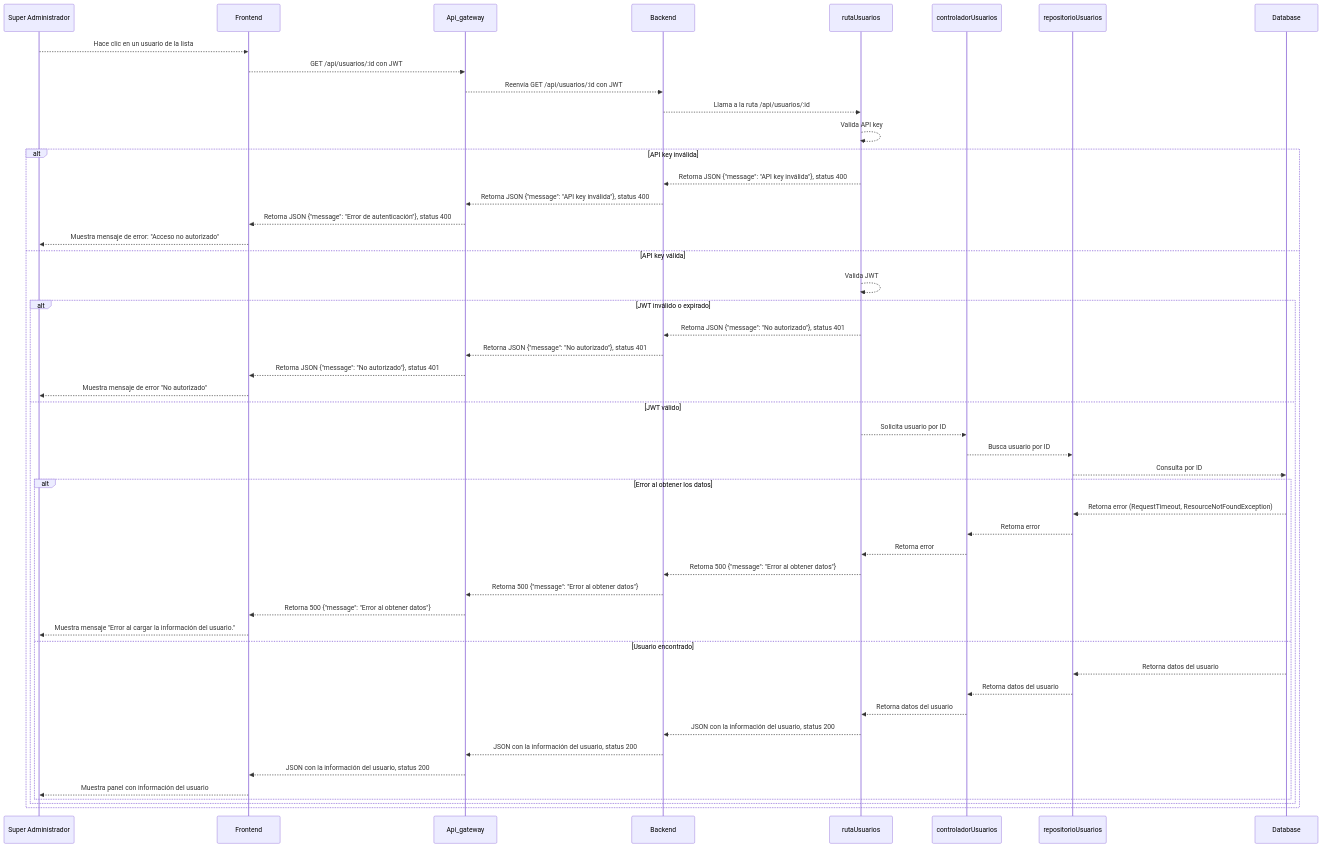
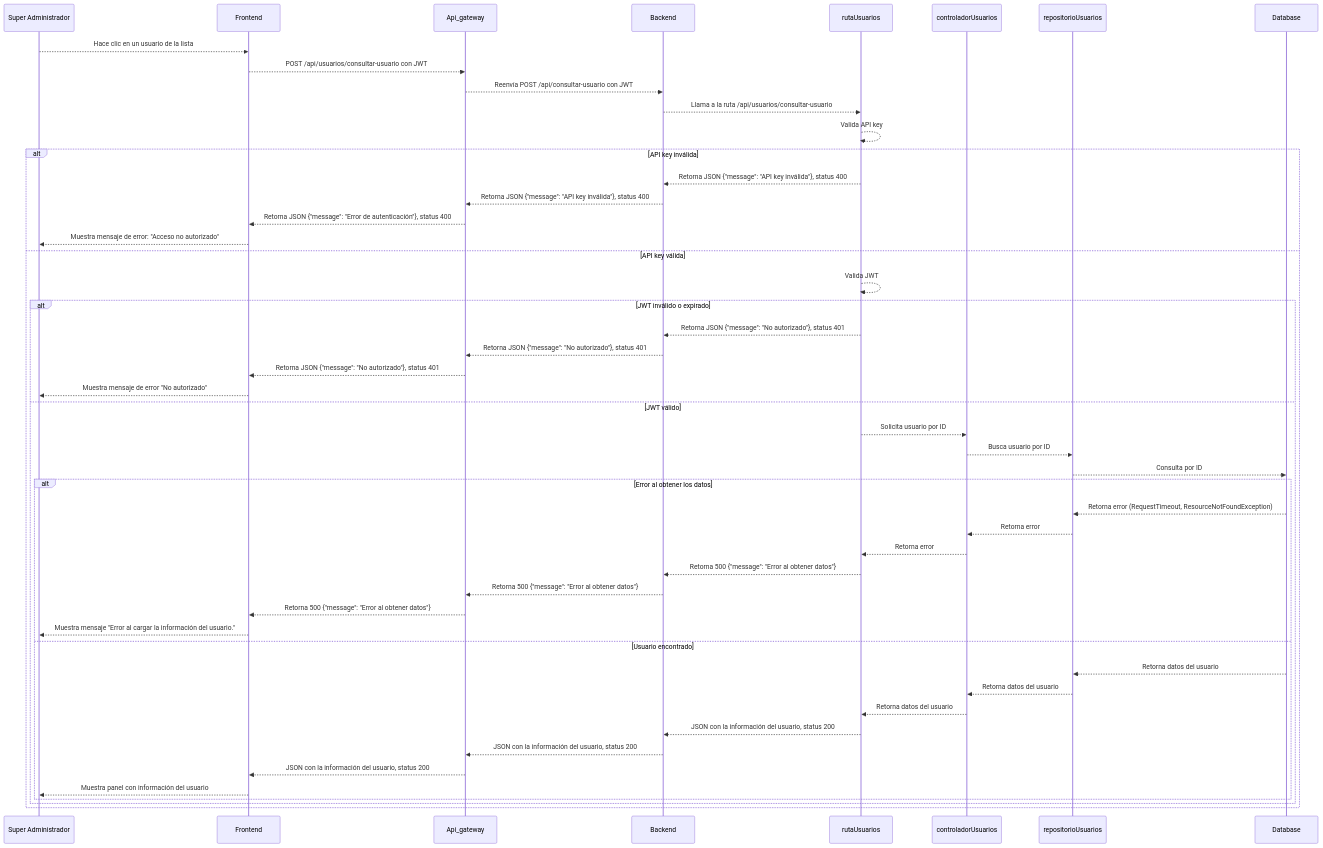
The diagram in documentation/docs/proyectos/textiles/documentacion/requisitos/RF3.md (CodeAnd-Co/Documentacion), drawn with Mermaid before and after one commit. The commit also changed 3 other files, not shown here.

````diff
--- a/documentation/docs/proyectos/textiles/documentacion/requisitos/RF3.md
+++ b/documentation/docs/proyectos/textiles/documentacion/requisitos/RF3.md
@@ -37,56 +37,56 @@
 ```mermaid
 sequenceDiagram
 participant SuperAdmin as Super Administrador
 participant Frontend
 participant Api_gateway
 participant Backend
 participant rutaUsuarios
 participant controladorUsuarios
 participant repositorioUsuarios
 participant Database
 
 
 SuperAdmin -->> Frontend: Hace clic en un usuario de la lista
-Frontend -->> Api_gateway: GET /api/usuarios/:id con JWT
-Api_gateway -->> Backend: Reenvía GET /api/usuarios/:id con JWT
-Backend -->> rutaUsuarios: Llama a la ruta /api/usuarios/:id
+Frontend -->> Api_gateway: POST /api/usuarios/consultar-usuario con JWT
+Api_gateway -->> Backend: Reenvía POST /api/consultar-usuario con JWT
+Backend -->> rutaUsuarios: Llama a la ruta /api/usuarios/consultar-usuario
 rutaUsuarios -->> rutaUsuarios: Valida API key
 
 alt API key inválida
     rutaUsuarios -->> Backend: Retorna JSON {"message": "API key inválida"}, status 400
     Backend -->> Api_gateway: Retorna JSON {"message": "API key inválida"}, status 400
     Api_gateway -->> Frontend: Retorna JSON {"message": "Error de autenticación"}, status 400
     Frontend -->> SuperAdmin: Muestra mensaje de error: "Acceso no autorizado"
 else API key válida
     rutaUsuarios -->> rutaUsuarios: Valida JWT
 
     alt JWT inválido o expirado
         rutaUsuarios -->> Backend: Retorna JSON {"message": "No autorizado"}, status 401
         Backend -->> Api_gateway: Retorna JSON {"message": "No autorizado"}, status 401
         Api_gateway -->> Frontend: Retorna JSON {"message": "No autorizado"}, status 401
         Frontend -->> SuperAdmin: Muestra mensaje de error "No autorizado"
     else JWT válido
         rutaUsuarios -->> controladorUsuarios: Solicita usuario por ID
         controladorUsuarios -->> repositorioUsuarios: Busca usuario por ID
         repositorioUsuarios -->> Database: Consulta por ID
 
         alt Error al obtener los datos
             Database -->> repositorioUsuarios: Retorna error (RequestTimeout, ResourceNotFoundException)
             repositorioUsuarios -->> controladorUsuarios: Retorna error
             controladorUsuarios -->> rutaUsuarios: Retorna error
             rutaUsuarios -->> Backend: Retorna 500 {"message": "Error al obtener datos"}
             Backend -->> Api_gateway: Retorna 500 {"message": "Error al obtener datos"}
             Api_gateway -->> Frontend: Retorna 500 {"message": "Error al obtener datos"}
             Frontend -->> SuperAdmin: Muestra mensaje "Error al cargar la información del usuario."
         else Usuario encontrado
             Database -->> repositorioUsuarios: Retorna datos del usuario
             repositorioUsuarios -->> controladorUsuarios: Retorna datos del usuario
             controladorUsuarios -->> rutaUsuarios: Retorna datos del usuario
             rutaUsuarios -->> Backend: JSON con la información del usuario, status 200
             Backend -->> Api_gateway: JSON con la información del usuario, status 200
             Api_gateway -->> Frontend: JSON con la información del usuario, status 200
             Frontend -->> SuperAdmin: Muestra panel con información del usuario
         end
     end
 end
 ```
````
